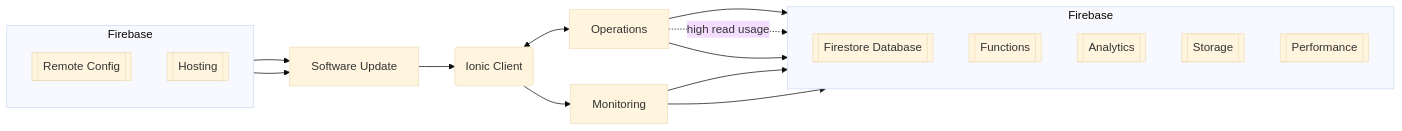
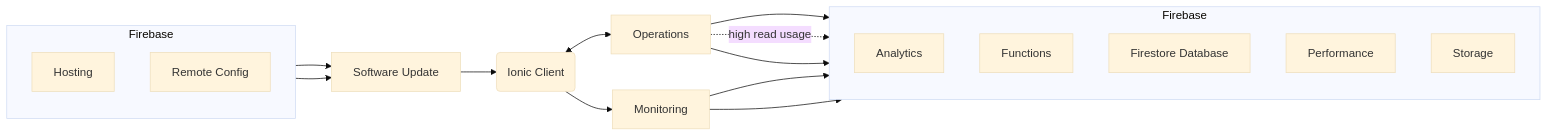
One commit to SiegeSailor/Website changed the diagram in client/public/article/2025-11-13.md. Above: the diagram before and after it, drawn with Mermaid (base theme). The commit also changed 9 other files, not shown here.

````diff
--- a/client/public/article/2025-11-13.md
+++ b/client/public/article/2025-11-13.md
@@ -22,30 +22,30 @@
 ```mermaid
-flowchart LR
+graph LR
   subgraph F1[Firebase]
     direction TB
-    RC[[Remote Config]]
-    H[[Hosting]]
+    H[Hosting]
+    RC[Remote Config]
   end
 
   subgraph F2[Firebase]
     direction TB
-    FD[[Firestore Database]]
-    F[[Functions]]
-    A[[Analytics]]
-    S[[Storage]]
-    P[[Performance]]
+    A[Analytics]
+    F[Functions]
+    FD[Firestore Database]
+    P[Performance]
+    S[Storage]
   end
 
   SU[Software Update] --> IC(Ionic Client)
   RC --> SU
   H --> SU
 
   IC <--> O[Operations]
   O --> F
   O -.-> |high read usage| FD
   O --> S
 
   IC --> M[Monitoring]
   M --> A
   M --> P
 ```
````
